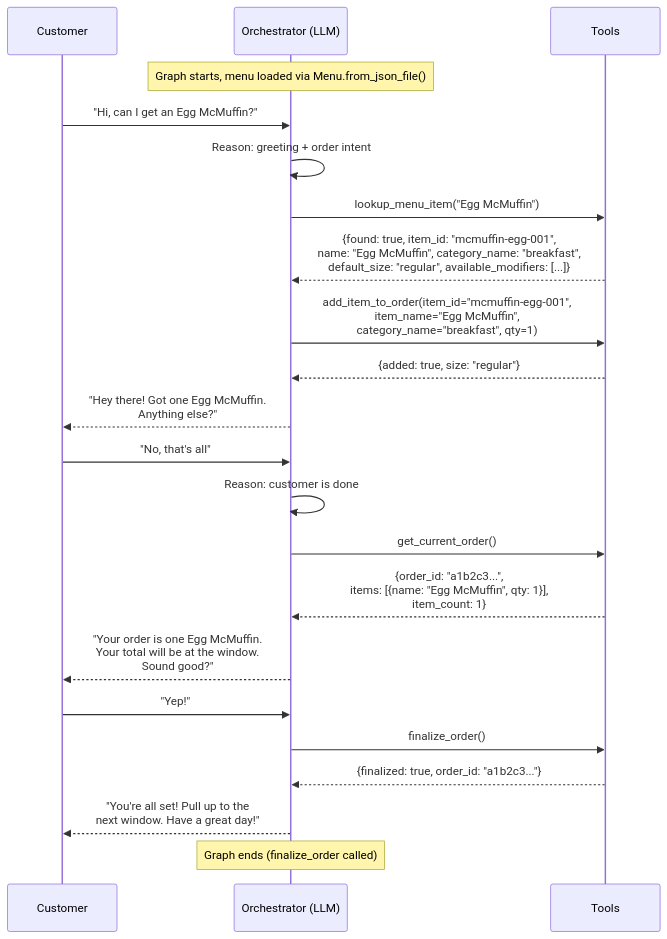
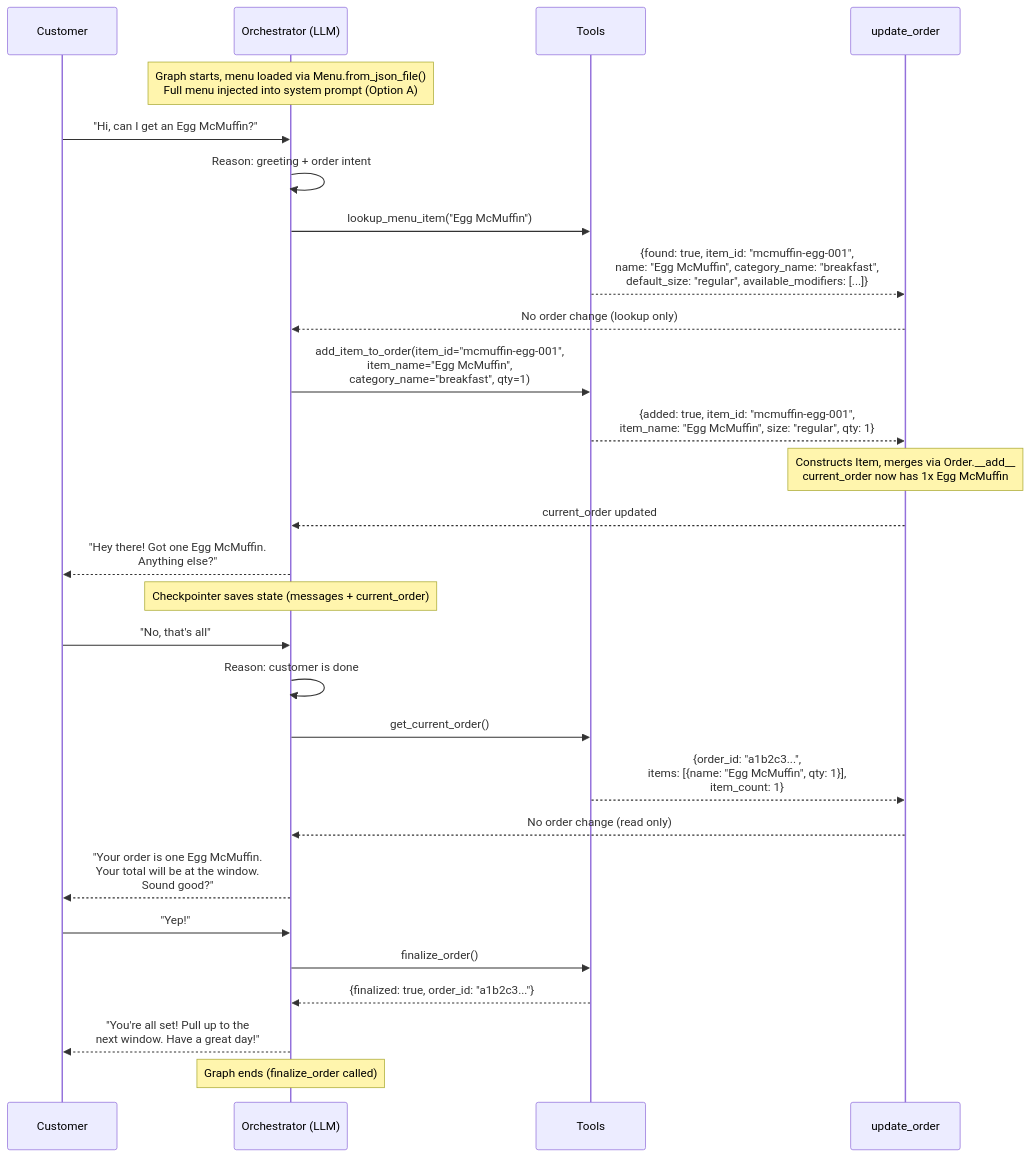
One commit to seanreed1111/mcdonalds-drive-thru-bot changed the seventh of 12 diagrams in docs/thoughts/target-implementation/v1/langgraph-state-diagrams-v1.md. Above: the diagram before and after it, drawn with Mermaid. The commit also changed other lines of this file and 16 other files, not shown here.

````diff
--- a/docs/thoughts/target-implementation/v1/langgraph-state-diagrams-v1.md
+++ b/docs/thoughts/target-implementation/v1/langgraph-state-diagrams-v1.md
@@ -335,36 +351,43 @@
 ```mermaid
 sequenceDiagram
     participant C as Customer
     participant O as Orchestrator (LLM)
     participant T as Tools
+    participant U as update_order
 
-    Note over O: Graph starts, menu loaded via Menu.from_json_file()
+    Note over O: Graph starts, menu loaded via Menu.from_json_file()<br/>Full menu injected into system prompt (Option A)
 
     C->>O: "Hi, can I get an Egg McMuffin?"
 
     O->>O: Reason: greeting + order intent
     O->>T: lookup_menu_item("Egg McMuffin")
-    T-->>O: {found: true, item_id: "mcmuffin-egg-001",<br/>name: "Egg McMuffin", category_name: "breakfast",<br/>default_size: "regular", available_modifiers: [...]}
+    T-->>U: {found: true, item_id: "mcmuffin-egg-001",<br/>name: "Egg McMuffin", category_name: "breakfast",<br/>default_size: "regular", available_modifiers: [...]}
+    U-->>O: No order change (lookup only)
 
     O->>T: add_item_to_order(item_id="mcmuffin-egg-001",<br/>item_name="Egg McMuffin",<br/>category_name="breakfast", qty=1)
-    T-->>O: {added: true, size: "regular"}
+    T-->>U: {added: true, item_id: "mcmuffin-egg-001",<br/>item_name: "Egg McMuffin", size: "regular", qty: 1}
+    Note over U: Constructs Item, merges via Order.__add__<br/>current_order now has 1x Egg McMuffin
+    U-->>O: current_order updated
 
     O-->>C: "Hey there! Got one Egg McMuffin.<br/>Anything else?"
+
+    Note over O: Checkpointer saves state (messages + current_order)
 
     C->>O: "No, that's all"
 
     O->>O: Reason: customer is done
     O->>T: get_current_order()
-    T-->>O: {order_id: "a1b2c3...",<br/>items: [{name: "Egg McMuffin", qty: 1}],<br/>item_count: 1}
+    T-->>U: {order_id: "a1b2c3...",<br/>items: [{name: "Egg McMuffin", qty: 1}],<br/>item_count: 1}
+    U-->>O: No order change (read only)
 
     O-->>C: "Your order is one Egg McMuffin.<br/>Your total will be at the window.<br/>Sound good?"
 
     C->>O: "Yep!"
 
     O->>T: finalize_order()
     T-->>O: {finalized: true, order_id: "a1b2c3..."}
 
     O-->>C: "You're all set! Pull up to the<br/>next window. Have a great day!"
 
     Note over O: Graph ends (finalize_order called)
 ```
````
